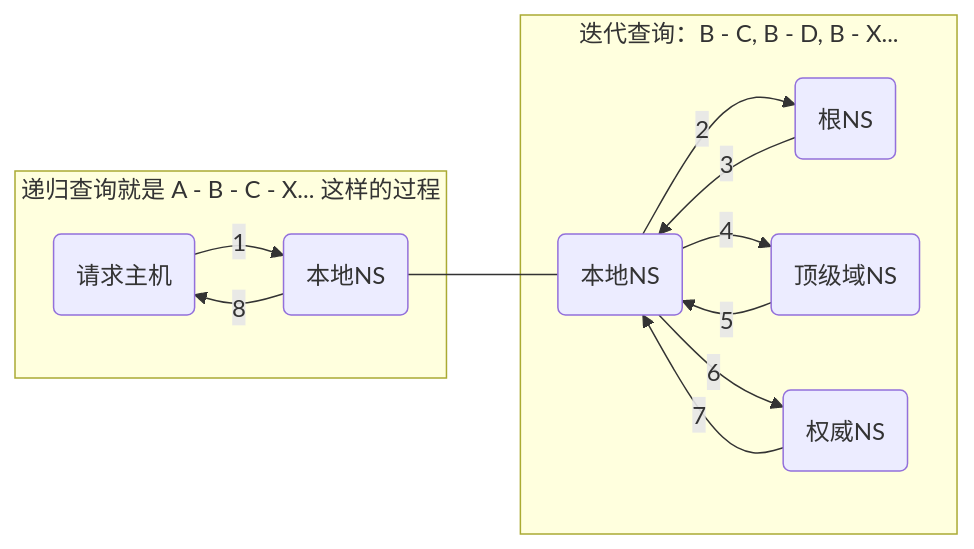
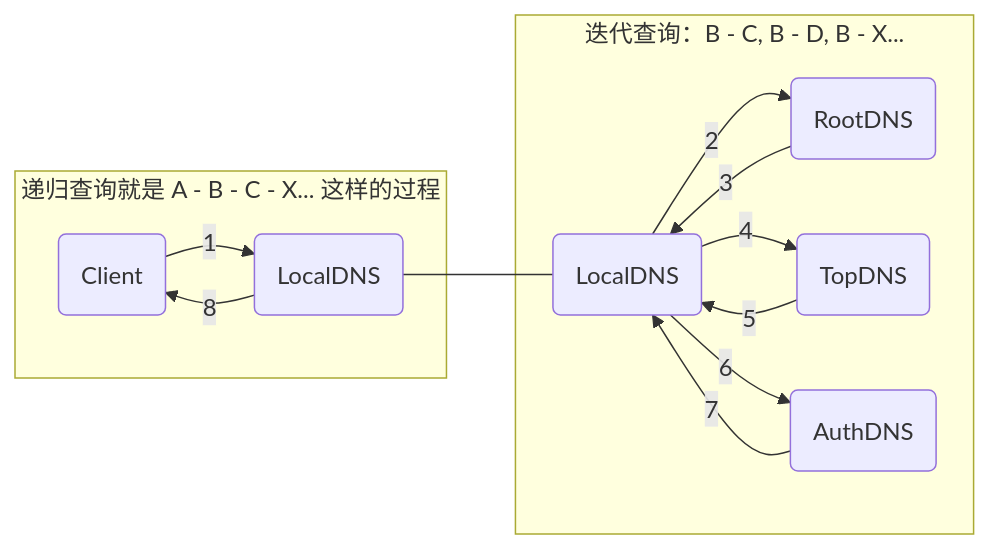
One commit to esmyy/esmyy.github.io changed the third of 3 diagrams in docs/51-network/01-protocol/02-dns.md. Above: the diagram before and after it, drawn with Mermaid. The commit also changed other lines of this file and 1 other file, not shown here.

````diff
--- a/docs/51-network/01-protocol/02-dns.md
+++ b/docs/51-network/01-protocol/02-dns.md
@@ -72,25 +72,25 @@
 ```mermaid
   flowchart LR
 
   subgraph "递归查询就是 A - B - C - X... 这样的过程"
-    host(请求主机)
-    local(本地NS)
+    host(Client)
+    local(LocalDNS)
     host --1--> local
     local --8--> host
   end
 
   local --- local2
 
   subgraph "迭代查询：B - C, B - D, B - X..."
-    local2(本地NS)
-    root(根NS)
-    top(顶级域NS)
-    auth(权威NS)
+    local2(LocalDNS)
+    root(RootDNS)
+    top(TopDNS)
+    auth(AuthDNS)
     local2 --2--> root
     root --3--> local2
     local2 --4--> top
     top --5--> local2
     local2 --6--> auth
     auth --7--> local2
   end
 ```
````
